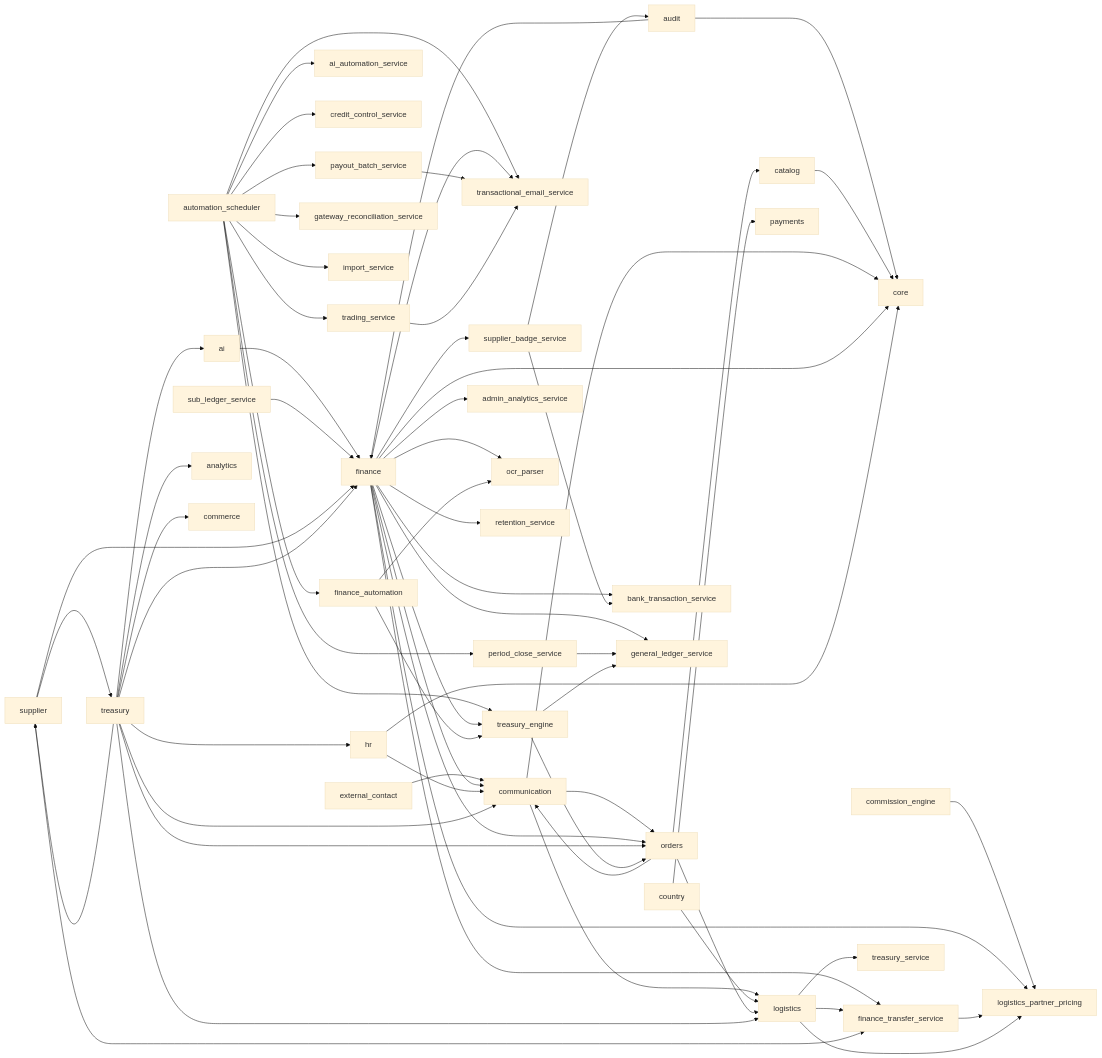
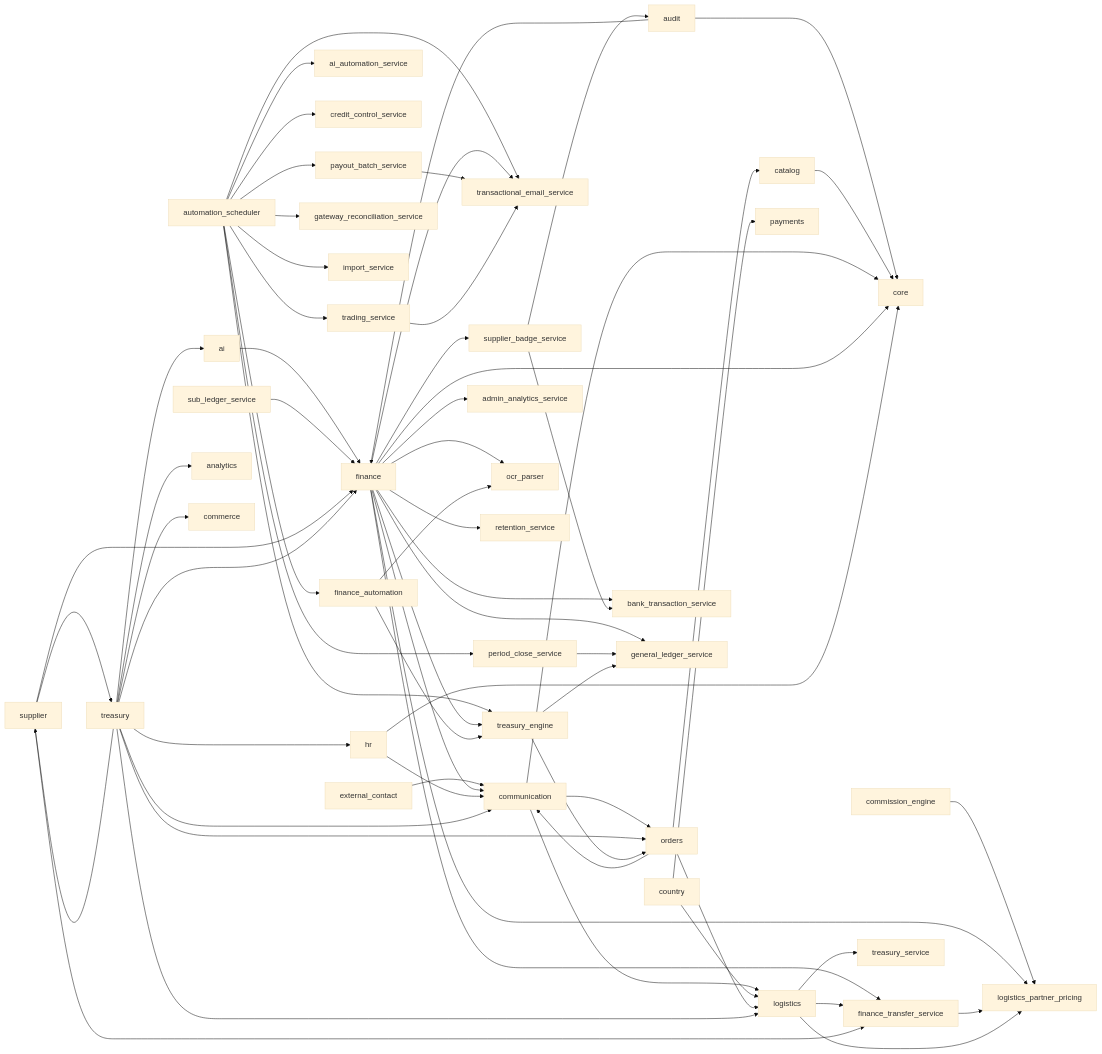
Before and after one commit to Makfuncky/zozi: the diagram in .governance/architecture_graph.mmd, drawn with Mermaid (base theme). The commit also changed 2 other files, not shown here.

```diff
--- a/.governance/architecture_graph.mmd
+++ b/.governance/architecture_graph.mmd
@@ -1,67 +1,66 @@
 %% AUTO-GENERATED dependency graph — DO NOT HAND-EDIT.
 graph LR
     ai --> finance
     audit --> core
     audit --> finance
     automation_scheduler --> ai_automation_service
     automation_scheduler --> credit_control_service
     automation_scheduler --> finance_automation
     automation_scheduler --> gateway_reconciliation_service
     automation_scheduler --> import_service
     automation_scheduler --> payout_batch_service
     automation_scheduler --> period_close_service
     automation_scheduler --> trading_service
     automation_scheduler --> transactional_email_service
     automation_scheduler --> treasury_engine
     catalog --> core
     commission_engine --> logistics_partner_pricing
     communication --> core
     communication --> logistics
     communication --> orders
     country --> logistics
     country --> payments
     external_contact --> communication
     finance --> admin_analytics_service
     finance --> bank_transaction_service
     finance --> communication
     finance --> core
     finance --> finance_transfer_service
     finance --> general_ledger_service
     finance --> logistics_partner_pricing
     finance --> ocr_parser
-    finance --> orders
     finance --> retention_service
     finance --> supplier_badge_service
     finance --> transactional_email_service
     finance --> treasury_engine
     finance_automation --> ocr_parser
     finance_automation --> treasury_engine
     finance_transfer_service --> logistics_partner_pricing
     hr --> communication
     hr --> core
     logistics --> finance_transfer_service
     logistics --> logistics_partner_pricing
     logistics --> treasury_service
     orders --> catalog
     orders --> communication
     orders --> logistics
     payout_batch_service --> transactional_email_service
     period_close_service --> general_ledger_service
     sub_ledger_service --> finance
     supplier --> finance
     supplier --> finance_transfer_service
     supplier --> treasury
     supplier_badge_service --> audit
     supplier_badge_service --> bank_transaction_service
     trading_service --> transactional_email_service
     treasury --> ai
     treasury --> analytics
     treasury --> commerce
     treasury --> communication
     treasury --> finance
     treasury --> hr
     treasury --> logistics
     treasury --> orders
     treasury --> supplier
     treasury_engine --> general_ledger_service
     treasury_engine --> orders
```
